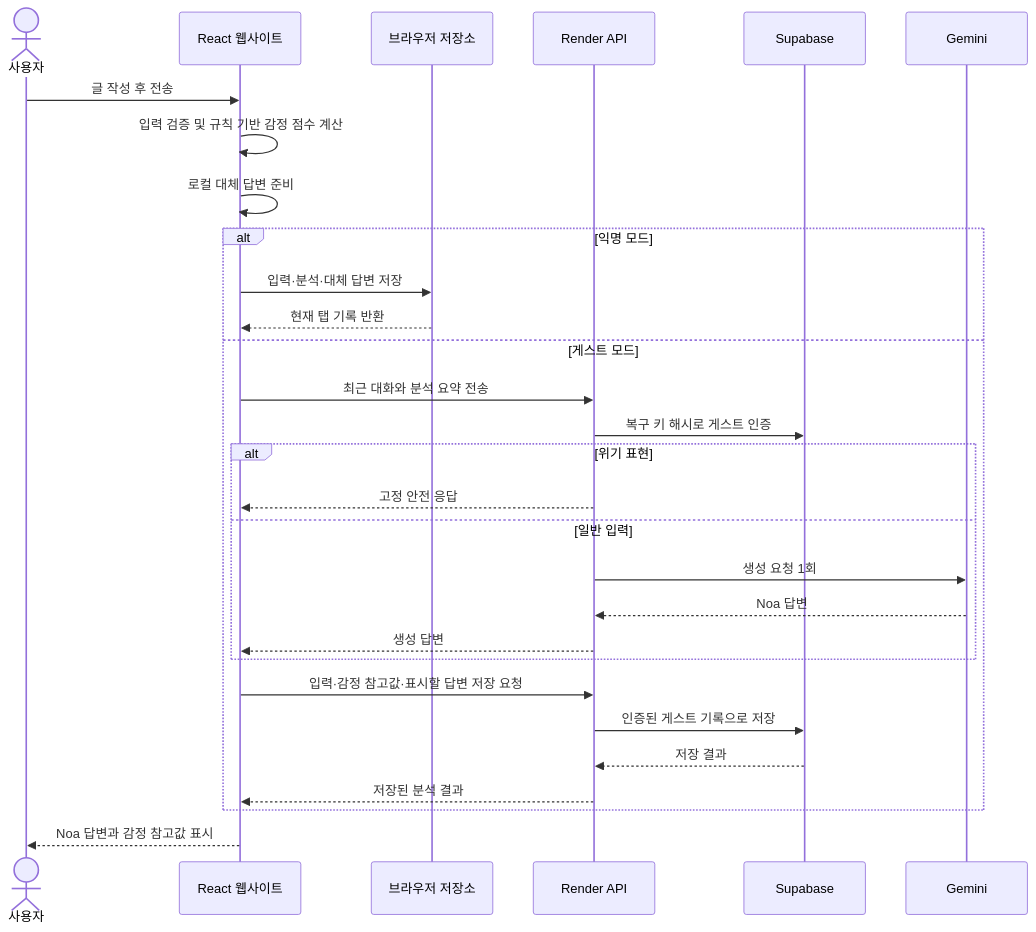
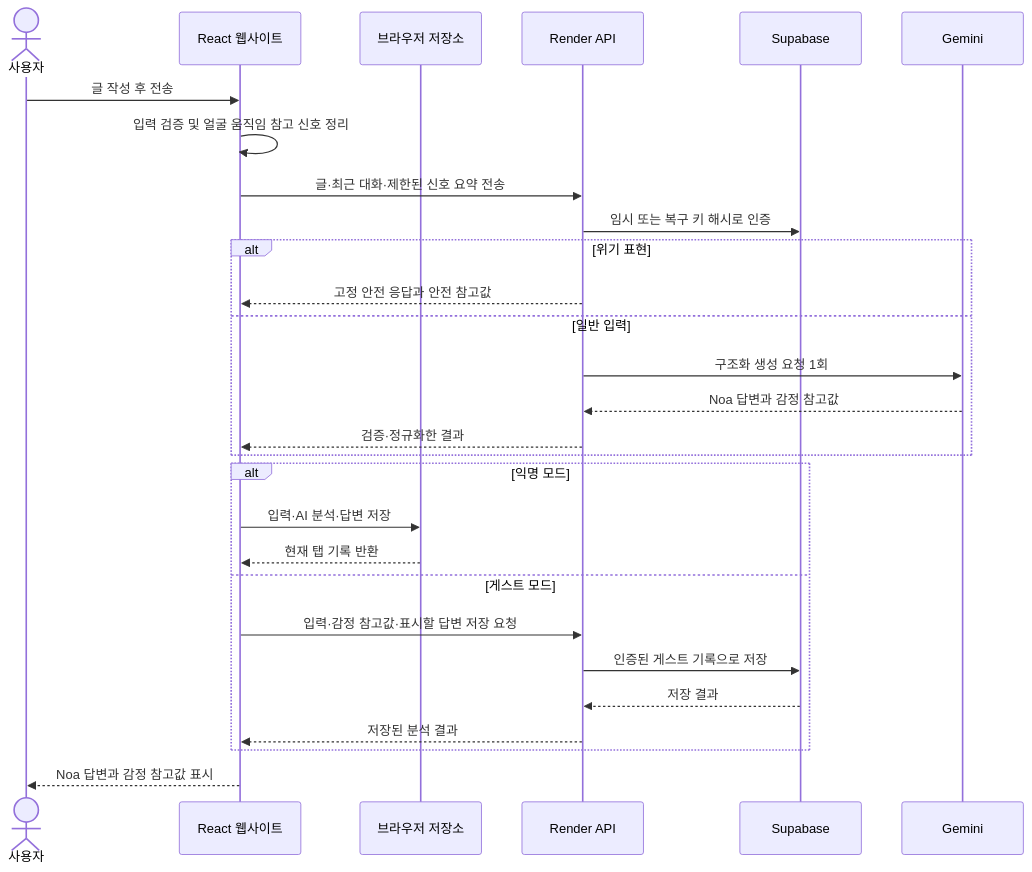
The second of 2 diagrams in README.md (Mureung1/hub-showcase), drawn with Mermaid before and after one commit. The commit also changed other lines of this file and 9 other files, not shown here.

````diff
--- a/README.md
+++ b/README.md
@@ -65,34 +66,33 @@
 ```mermaid
 sequenceDiagram
     actor U as 사용자
     participant W as React 웹사이트
     participant L as 브라우저 저장소
     participant R as Render API
     participant D as Supabase
     participant A as Gemini
 
     U->>W: 글 작성 후 전송
-    W->>W: 입력 검증 및 규칙 기반 감정 점수 계산
-    W->>W: 로컬 대체 답변 준비
+    W->>W: 입력 검증 및 얼굴 움직임 참고 신호 정리
+    W->>R: 글·최근 대화·제한된 신호 요약 전송
+    R->>D: 임시 또는 복구 키 해시로 인증
+    alt 위기 표현
+        R-->>W: 고정 안전 응답과 안전 참고값
+    else 일반 입력
+        R->>A: 구조화 생성 요청 1회
+        A-->>R: Noa 답변과 감정 참고값
+        R-->>W: 검증·정규화한 결과
+    end
 
     alt 익명 모드
-        W->>L: 입력·분석·대체 답변 저장
+        W->>L: 입력·AI 분석·답변 저장
         L-->>W: 현재 탭 기록 반환
     else 게스트 모드
-        W->>R: 최근 대화와 분석 요약 전송
-        R->>D: 복구 키 해시로 게스트 인증
-        alt 위기 표현
-            R-->>W: 고정 안전 응답
-        else 일반 입력
-            R->>A: 생성 요청 1회
-            A-->>R: Noa 답변
-            R-->>W: 생성 답변
-        end
         W->>R: 입력·감정 참고값·표시할 답변 저장 요청
         R->>D: 인증된 게스트 기록으로 저장
         D-->>R: 저장 결과
         R-->>W: 저장된 분석 결과
     end
 
     W-->>U: Noa 답변과 감정 참고값 표시
 ```
````
